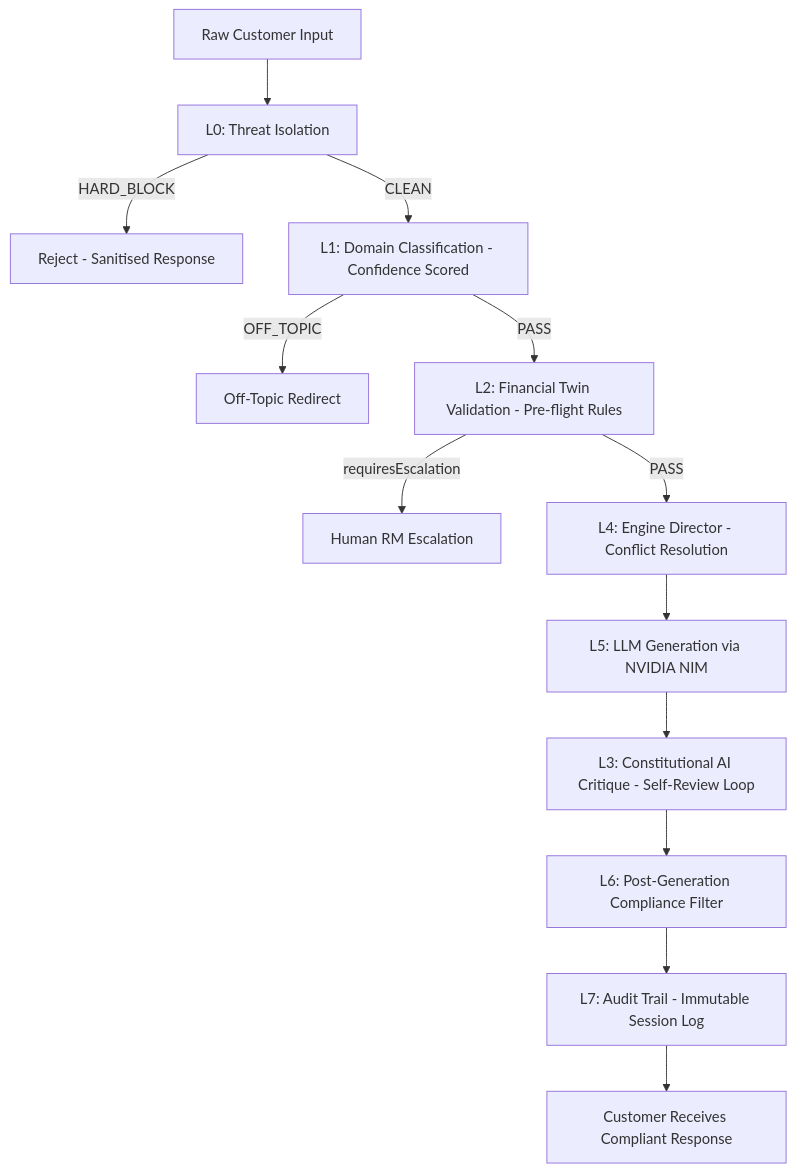
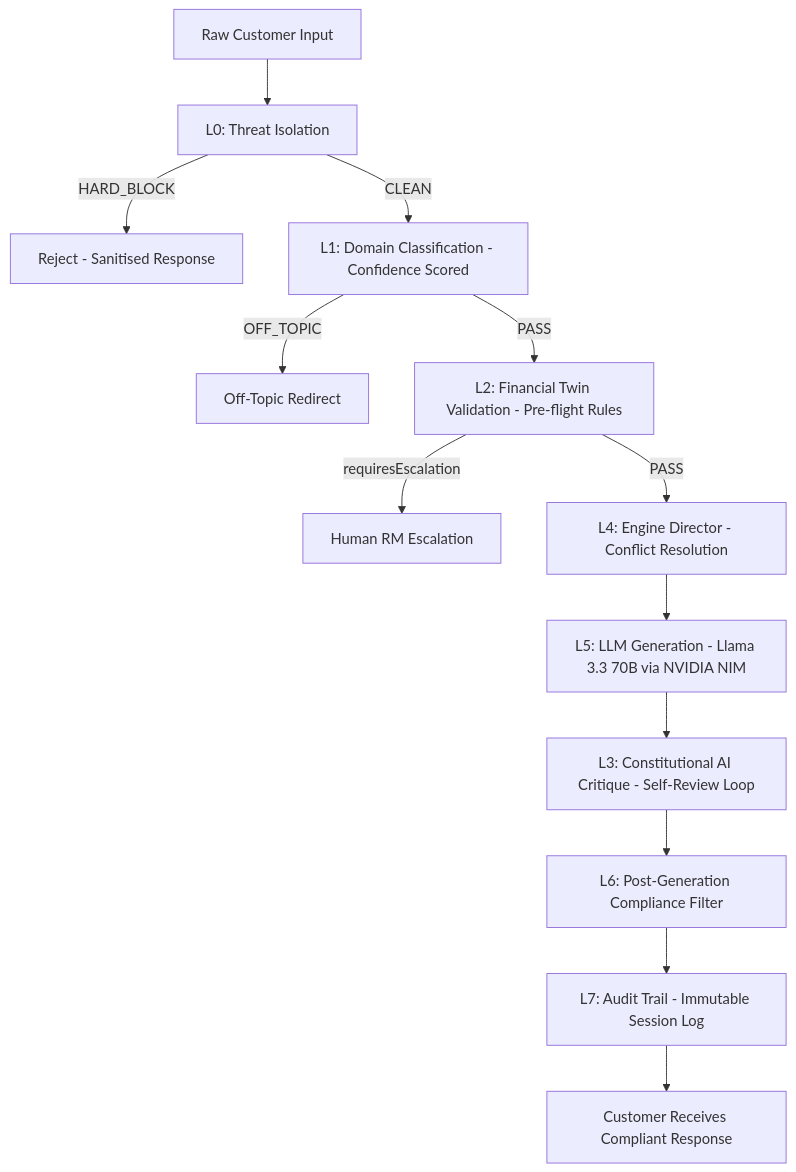
Before and after one commit to VIKAS9793/northstar-wealth-ai: the diagram in README.md, drawn with Mermaid. The commit also changed other lines of this file and 18 other files, not shown here.

````diff
--- a/README.md
+++ b/README.md
@@ -107,15 +107,15 @@
 ```mermaid
 graph TD
   A[Raw Customer Input] --> L0[L0: Threat Isolation]
   L0 -->|HARD_BLOCK| BLOCK[Reject - Sanitised Response]
   L0 -->|CLEAN| L1[L1: Domain Classification - Confidence Scored]
   L1 -->|OFF_TOPIC| OT[Off-Topic Redirect]
   L1 -->|PASS| L2[L2: Financial Twin Validation - Pre-flight Rules]
   L2 -->|requiresEscalation| RM[Human RM Escalation]
   L2 -->|PASS| L4[L4: Engine Director - Conflict Resolution]
-  L4 --> L5[L5: LLM Generation via NVIDIA NIM]
+  L4 --> L5[L5: LLM Generation - Llama 3.3 70B via NVIDIA NIM]
   L5 --> L3[L3: Constitutional AI Critique - Self-Review Loop]
   L3 --> L6[L6: Post-Generation Compliance Filter]
   L6 --> L7[L7: Audit Trail - Immutable Session Log]
   L7 --> OUT[Customer Receives Compliant Response]
 ```
````
